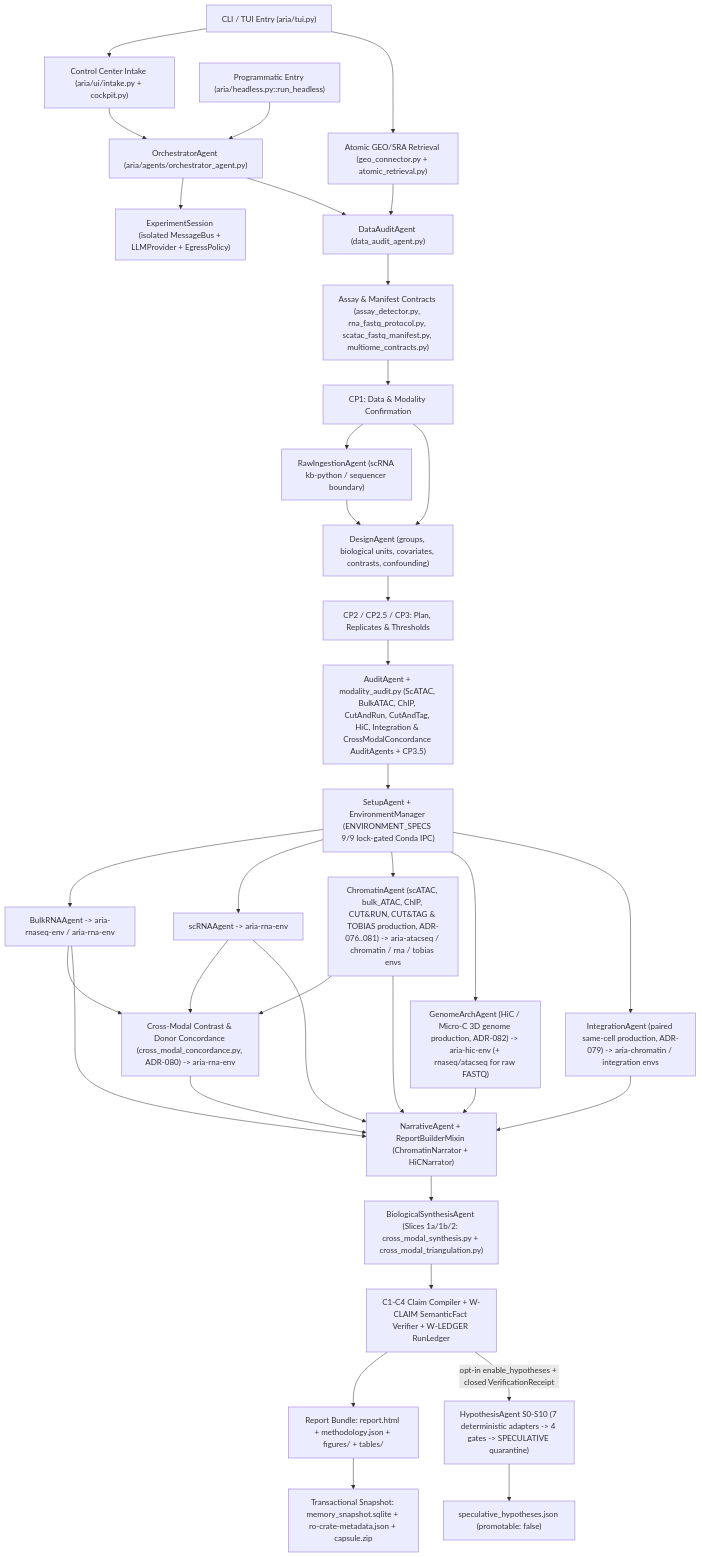
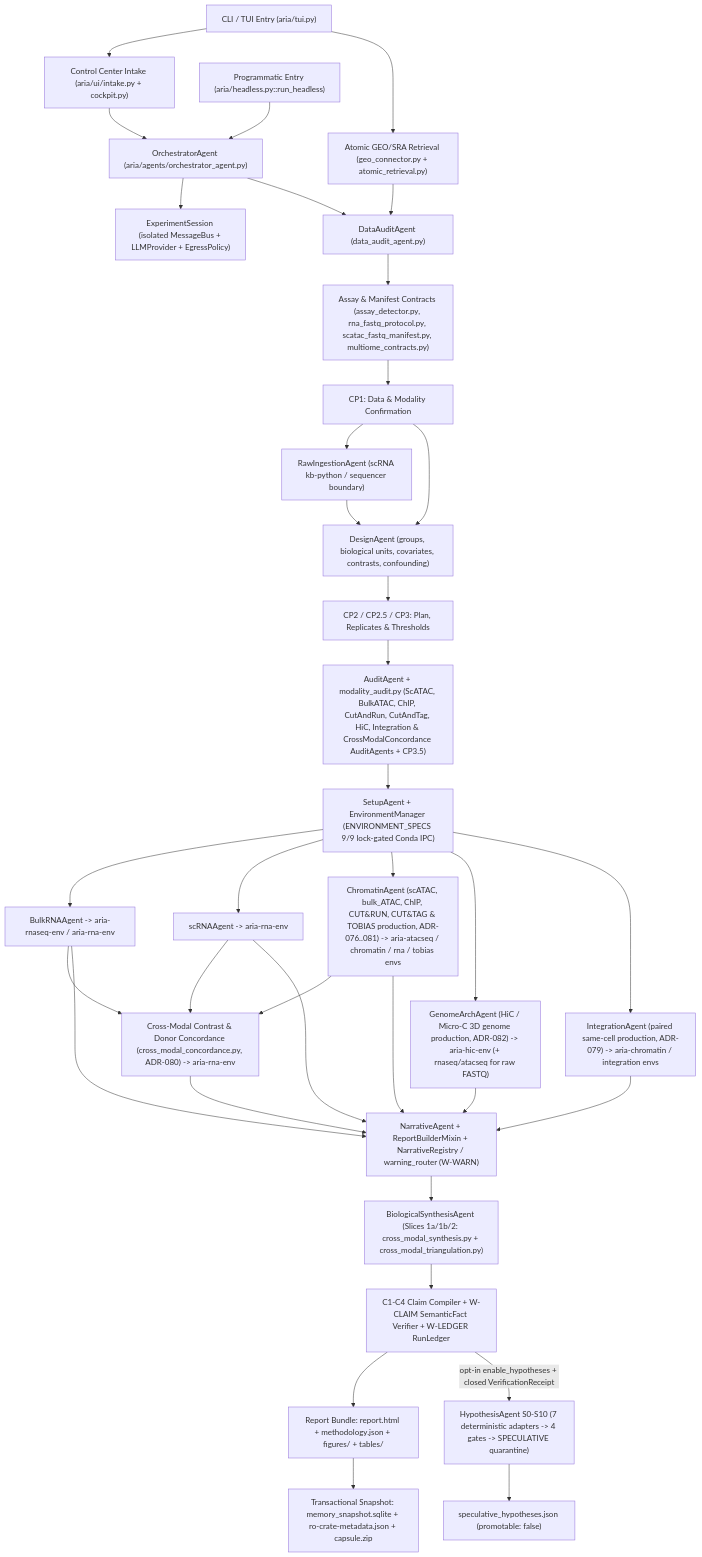
Before and after one commit to Olascoaga/aria-omics: the diagram in docs/architecture/code_graph.md, drawn with Mermaid. The commit also changed other lines of this file and 1 other file, not shown here.

Commit message:
docs(architecture): document W-WARN invariant in code_graph

````diff
--- a/docs/architecture/code_graph.md
+++ b/docs/architecture/code_graph.md
@@ -9,43 +9,43 @@
 ```mermaid
 flowchart TD
     CLI["CLI / TUI Entry (aria/tui.py)"] --> INTAKE["Control Center Intake (aria/ui/intake.py + cockpit.py)"]
     HEADLESS["Programmatic Entry (aria/headless.py::run_headless)"] --> ORCH
     CLI --> GEO["Atomic GEO/SRA Retrieval (geo_connector.py + atomic_retrieval.py)"]
     INTAKE --> ORCH["OrchestratorAgent (aria/agents/orchestrator_agent.py)"]
     GEO --> DA["DataAuditAgent (data_audit_agent.py)"]
     ORCH --> SESSION["ExperimentSession (isolated MessageBus + LLMProvider + EgressPolicy)"]
     ORCH --> DA
 
     DA --> ASSAY["Assay & Manifest Contracts (assay_detector.py, rna_fastq_protocol.py, scatac_fastq_manifest.py, multiome_contracts.py)"]
     ASSAY --> CP1["CP1: Data & Modality Confirmation"]
     CP1 --> RAW["RawIngestionAgent (scRNA kb-python / sequencer boundary)"]
     CP1 --> DESIGN["DesignAgent (groups, biological units, covariates, contrasts, confounding)"]
     RAW --> DESIGN
     DESIGN --> CP2["CP2 / CP2.5 / CP3: Plan, Replicates & Thresholds"]
     CP2 --> AUDIT["AuditAgent + modality_audit.py (ScATAC, BulkATAC, ChIP, CutAndRun, CutAndTag, HiC, Integration & CrossModalConcordance AuditAgents + CP3.5)"]
     AUDIT --> SETUP["SetupAgent + EnvironmentManager (ENVIRONMENT_SPECS 9/9 lock-gated Conda IPC)"]
 
     SETUP --> BULK["BulkRNAAgent -> aria-rnaseq-env / aria-rna-env"]
     SETUP --> SCRNA["scRNAAgent -> aria-rna-env"]
     SETUP --> CHROM["ChromatinAgent (scATAC, bulk_ATAC, ChIP, CUT&RUN, CUT&TAG & TOBIAS production, ADR-076..081) -> aria-atacseq / chromatin / rna / tobias envs"]
     SETUP --> HIC["GenomeArchAgent (HiC / Micro-C 3D genome production, ADR-082) -> aria-hic-env (+ rnaseq/atacseq for raw FASTQ)"]
     SETUP --> INTEG["IntegrationAgent (paired same-cell production, ADR-079) -> aria-chromatin / integration envs"]
 
     BULK --> XMODAL["Cross-Modal Contrast & Donor Concordance (cross_modal_concordance.py, ADR-080) -> aria-rna-env"]
     SCRNA --> XMODAL
     CHROM --> XMODAL
 
-    BULK --> NARR["NarrativeAgent + ReportBuilderMixin (ChromatinNarrator + HiCNarrator)"]
+    BULK --> NARR["NarrativeAgent + ReportBuilderMixin + NarrativeRegistry / warning_router (W-WARN)"]
     SCRNA --> NARR
     CHROM --> NARR
     HIC --> NARR
     INTEG --> NARR
     XMODAL --> NARR
 
     NARR --> SYNTH["BiologicalSynthesisAgent (Slices 1a/1b/2: cross_modal_synthesis.py + cross_modal_triangulation.py)"]
     SYNTH --> COMPILER["C1-C4 Claim Compiler + W-CLAIM SemanticFact Verifier + W-LEDGER RunLedger"]
     COMPILER --> BUNDLE["Report Bundle: report.html + methodology.json + figures/ + tables/"]
     BUNDLE --> CAPSULE["Transactional Snapshot: memory_snapshot.sqlite + ro-crate-metadata.json + capsule.zip"]
     COMPILER -->|opt-in enable_hypotheses + closed VerificationReceipt| HYPO["HypothesisAgent S0-S10 (7 deterministic adapters -> 4 gates -> SPECULATIVE quarantine)"]
     HYPO --> SPEC_JSON["speculative_hypotheses.json (promotable: false)"]
 ```
````
